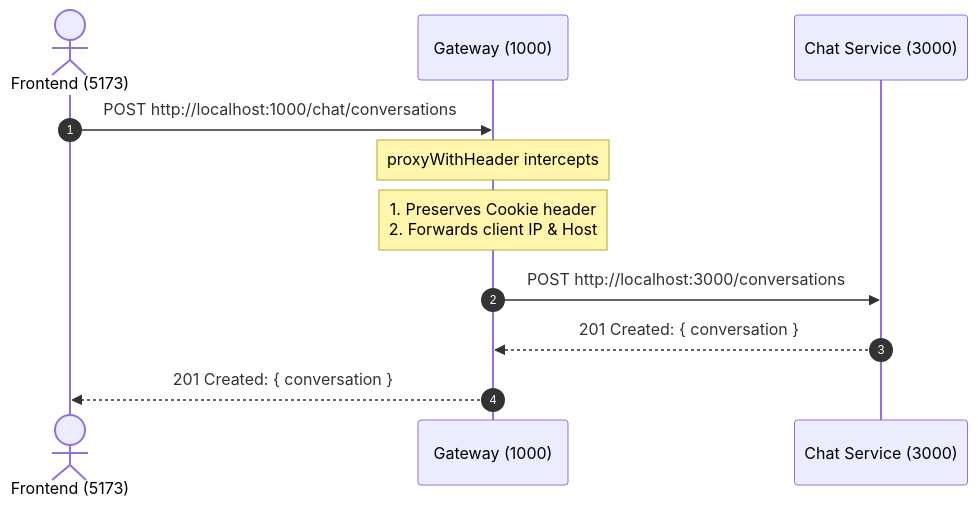
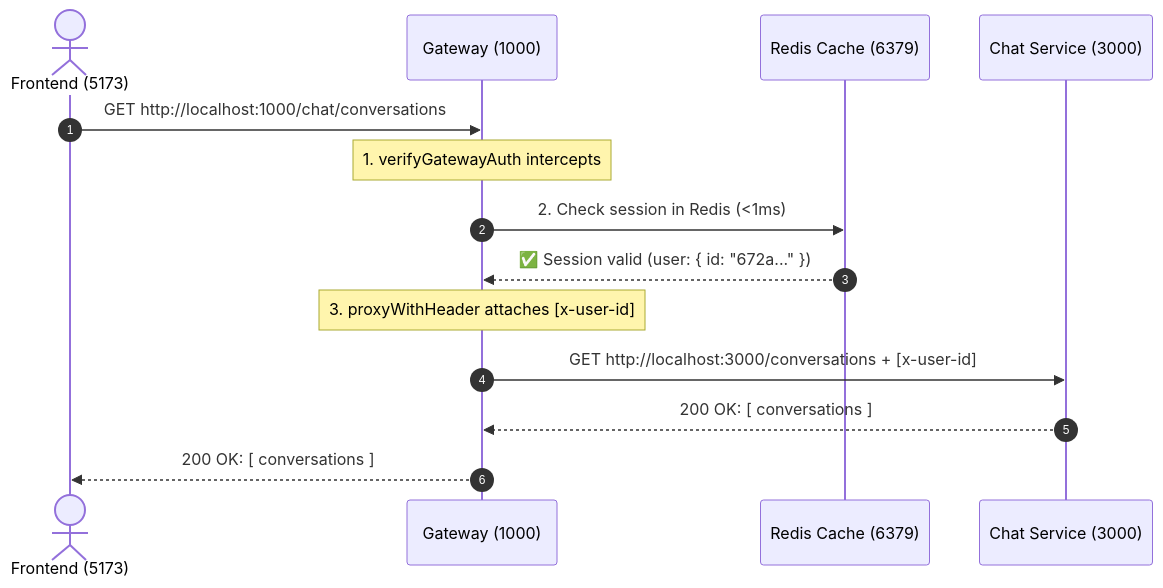
Before and after one commit to itscoderprince/Agentic-ai: the second of 5 diagrams in BACKEND_LEARNING_GUIDE.md, drawn with Mermaid. The commit also changed other lines of this file and 31 other files, not shown here.

First line of the commit message:
feat(chat, gateway, auth): add Zod validation, edge auth guard, and cascade chat deletion

````diff
--- a/BACKEND_LEARNING_GUIDE.md
+++ b/BACKEND_LEARNING_GUIDE.md
@@ -52,14 +52,17 @@
 ```mermaid
 sequenceDiagram
     autonumber
     actor Browser as Frontend (5173)
     participant GW as Gateway (1000)
+    participant Redis as Redis Cache (6379)
     participant Chat as Chat Service (3000)
 
-    Browser->>GW: POST http://localhost:1000/chat/conversations
-    Note over GW: proxyWithHeader intercepts
-    Note over GW: 1. Preserves Cookie header<br/>2. Forwards client IP & Host
-    GW->>Chat: POST http://localhost:3000/conversations
-    Chat-->>GW: 201 Created: { conversation }
-    GW-->>Browser: 201 Created: { conversation }
+    Browser->>GW: GET http://localhost:1000/chat/conversations
+    Note over GW: 1. verifyGatewayAuth intercepts
+    GW->>Redis: 2. Check session in Redis (<1ms)
+    Redis-->>GW: ✅ Session valid (user: { id: "672a..." })
+    Note over GW: 3. proxyWithHeader attaches [x-user-id]
+    GW->>Chat: GET http://localhost:3000/conversations + [x-user-id]
+    Chat-->>GW: 200 OK: [ conversations ]
+    GW-->>Browser: 200 OK: [ conversations ]
 ```
````
